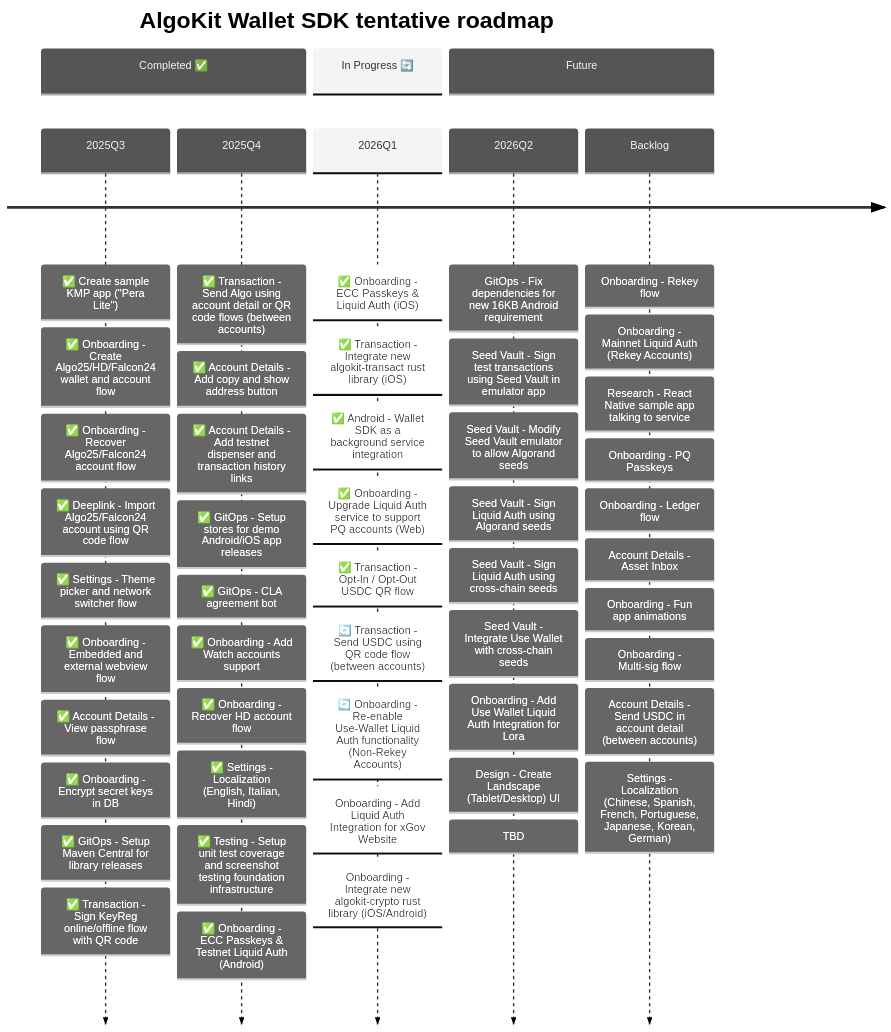
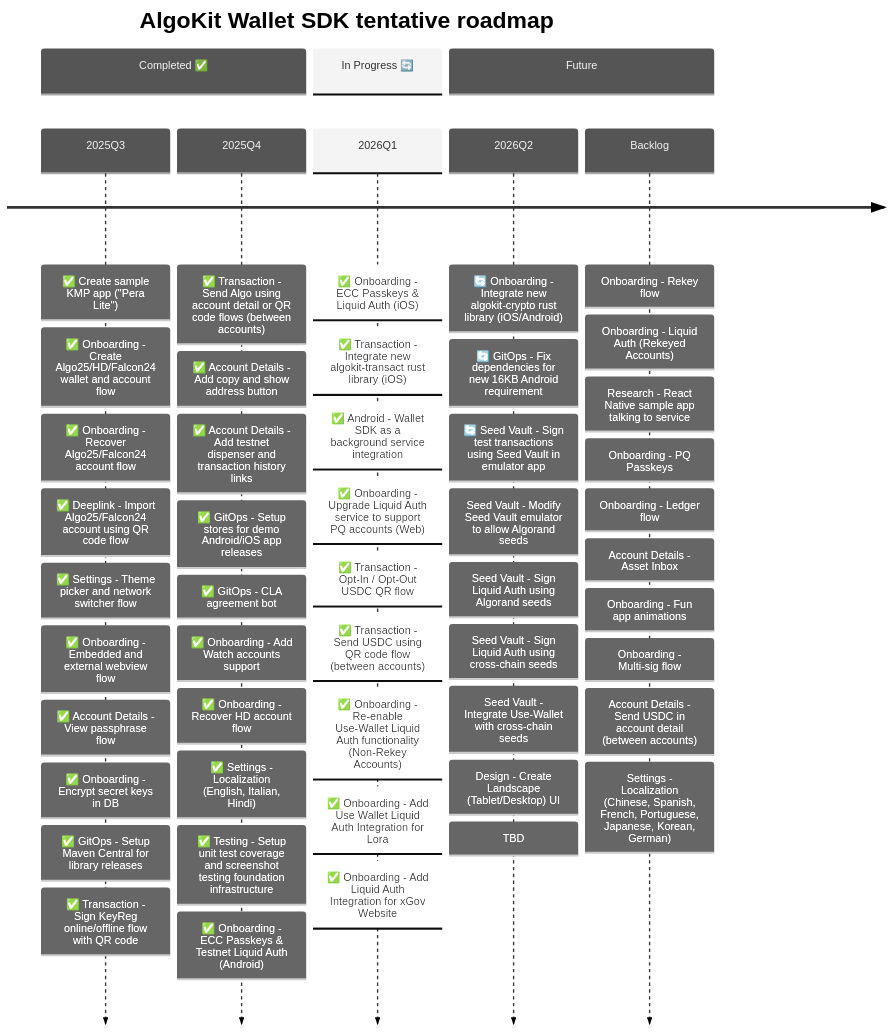
Before and after one commit to michaeltchuangllc/algokit-walletsdk-kmp: the second of 3 diagrams in README.md, drawn with Mermaid. The commit also changed other lines of this file and 188 other files, not shown here.

Commit message:
Solana SeedVault integration for mobile wallet support

````diff
--- a/README.md
+++ b/README.md
@@ -69,64 +69,64 @@
 ```mermaid
 ---
 config:
   theme: 'neutral'
 ---
 timeline
     title AlgoKit Wallet SDK tentative roadmap
 
     section Completed ✅
     2025Q3  : ✅ Create sample KMP app ("Pera Lite")
             : ✅ Onboarding - Create Algo25/HD/Falcon24 wallet and account flow
             : ✅ Onboarding - Recover Algo25/Falcon24 account flow
             : ✅ Deeplink - Import Algo25/Falcon24 account using QR code flow
             : ✅ Settings - Theme picker and network switcher flow
             : ✅ Onboarding - Embedded and external webview flow
             : ✅ Account Details - View passphrase flow
             : ✅ Onboarding - Encrypt secret keys in DB
             : ✅ GitOps - Setup Maven Central for library releases
             : ✅ Transaction - Sign KeyReg online/offline flow with QR code
 
     2025Q4  : ✅ Transaction - Send Algo using account detail or QR code flows (between accounts)
             : ✅ Account Details - Add copy and show address button
             : ✅ Account Details - Add testnet dispenser and transaction history links
             : ✅ GitOps - Setup stores for demo Android/iOS app releases
             : ✅ GitOps - CLA agreement bot
             : ✅ Onboarding - Add Watch accounts support
             : ✅ Onboarding - Recover HD account flow
             : ✅ Settings - Localization (English, Italian, Hindi)
             : ✅ Testing - Setup unit test coverage and screenshot testing foundation infrastructure
             : ✅ Onboarding - ECC Passkeys & Testnet Liquid Auth (Android)
 
     section In Progress 🔄
     2026Q1  : ✅ Onboarding - ECC Passkeys & Liquid Auth (iOS)
             : ✅ Transaction - Integrate new algokit-transact rust library (iOS)
             : ✅ Android - Wallet SDK as a background service integration
             : ✅ Onboarding - Upgrade Liquid Auth service to support PQ accounts (Web)
             : ✅ Transaction - Opt-In / Opt-Out USDC QR flow
-            : 🔄 Transaction - Send USDC using QR code flow (between accounts)
-            : 🔄 Onboarding - Re-enable Use-Wallet Liquid Auth functionality (Non-Rekey Accounts)
-            : Onboarding - Add Liquid Auth Integration for xGov Website
-            : Onboarding - Integrate new algokit-crypto rust library (iOS/Android)
+            : ✅ Transaction - Send USDC using QR code flow (between accounts)
+            : ✅ Onboarding - Re-enable Use-Wallet Liquid Auth functionality (Non-Rekey Accounts)
+            : ✅ Onboarding - Add Use Wallet Liquid Auth Integration for Lora
+            : ✅ Onboarding - Add Liquid Auth Integration for xGov Website
 
     section Future
-    2026Q2  : GitOps - Fix dependencies for new 16KB Android requirement
-            : Seed Vault - Sign test transactions using Seed Vault in emulator app
+    2026Q2  : 🔄 Onboarding - Integrate new algokit-crypto rust library (iOS/Android)
+            : 🔄 GitOps - Fix dependencies for new 16KB Android requirement
+            : 🔄 Seed Vault - Sign test transactions using Seed Vault in emulator app
             : Seed Vault - Modify Seed Vault emulator to allow Algorand seeds
             : Seed Vault - Sign Liquid Auth using Algorand seeds
             : Seed Vault - Sign Liquid Auth using cross-chain seeds
-            : Seed Vault - Integrate Use Wallet with cross-chain seeds
-            : Onboarding - Add Use Wallet Liquid Auth Integration for Lora
+            : Seed Vault - Integrate Use-Wallet with cross-chain seeds
             : Design - Create Landscape (Tablet/Desktop) UI
             : TBD
     Backlog
             : Onboarding - Rekey flow
-            : Onboarding - Mainnet Liquid Auth (Rekey Accounts)
+            : Onboarding - Liquid Auth (Rekeyed Accounts)
             : Research - React Native sample app talking to service
             : Onboarding - PQ Passkeys
             : Onboarding - Ledger flow
             : Account Details - Asset Inbox
             : Onboarding - Fun app animations
             : Onboarding - Multi-sig flow
             : Account Details - Send USDC in account detail (between accounts)
             : Settings - Localization (Chinese, Spanish, French, Portuguese, Japanese, Korean, German)
 ```
````
